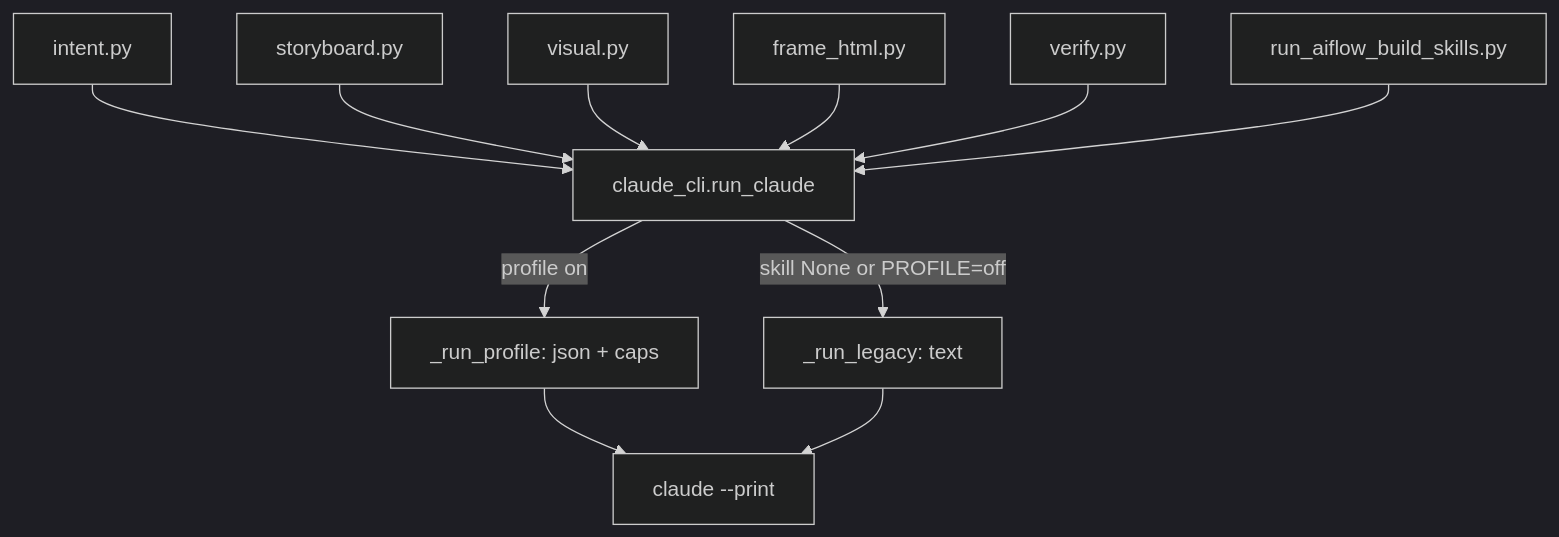
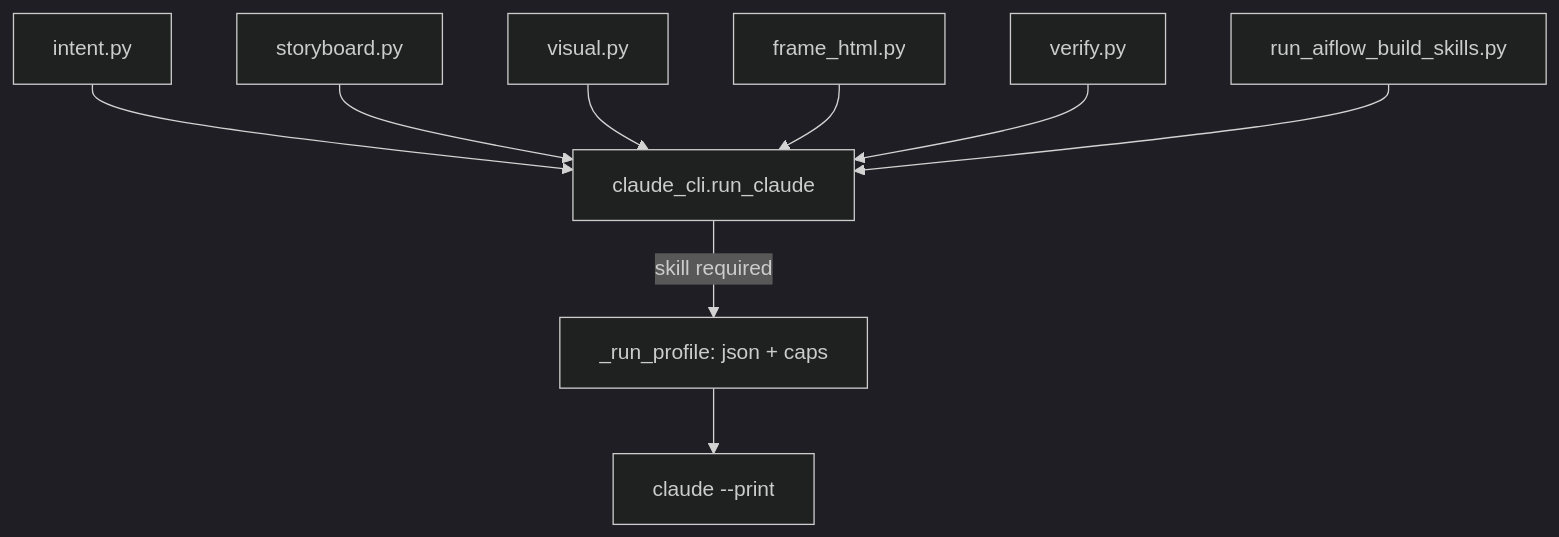
The first of 2 diagrams in video/htmlvideo-worker/build_assets/docs/claude-cli-skill-profiles.md (gowtdy/cm-worker), drawn with Mermaid (dark theme) before and after one commit. The commit also changed other lines of this file, not shown here.

Commit message:
legacy run

````diff
--- a/video/htmlvideo-worker/build_assets/docs/claude-cli-skill-profiles.md
+++ b/video/htmlvideo-worker/build_assets/docs/claude-cli-skill-profiles.md
@@ -43,13 +43,11 @@
 ```mermaid
 flowchart TD
   intent[intent.py] --> runClaude[claude_cli.run_claude]
   storyboard[storyboard.py] --> runClaude
   visual[visual.py] --> runClaude
   frameHtml[frame_html.py] --> runClaude
   verify[verify.py] --> runClaude
   script[run_aiflow_build_skills.py] --> runClaude
-  runClaude -->|profile on| profilePath["_run_profile: json + caps"]
-  runClaude -->|skill None or PROFILE=off| legacyPath["_run_legacy: text"]
+  runClaude -->|skill required| profilePath["_run_profile: json + caps"]
   profilePath --> claudeBin[claude --print]
-  legacyPath --> claudeBin
 ```
````
